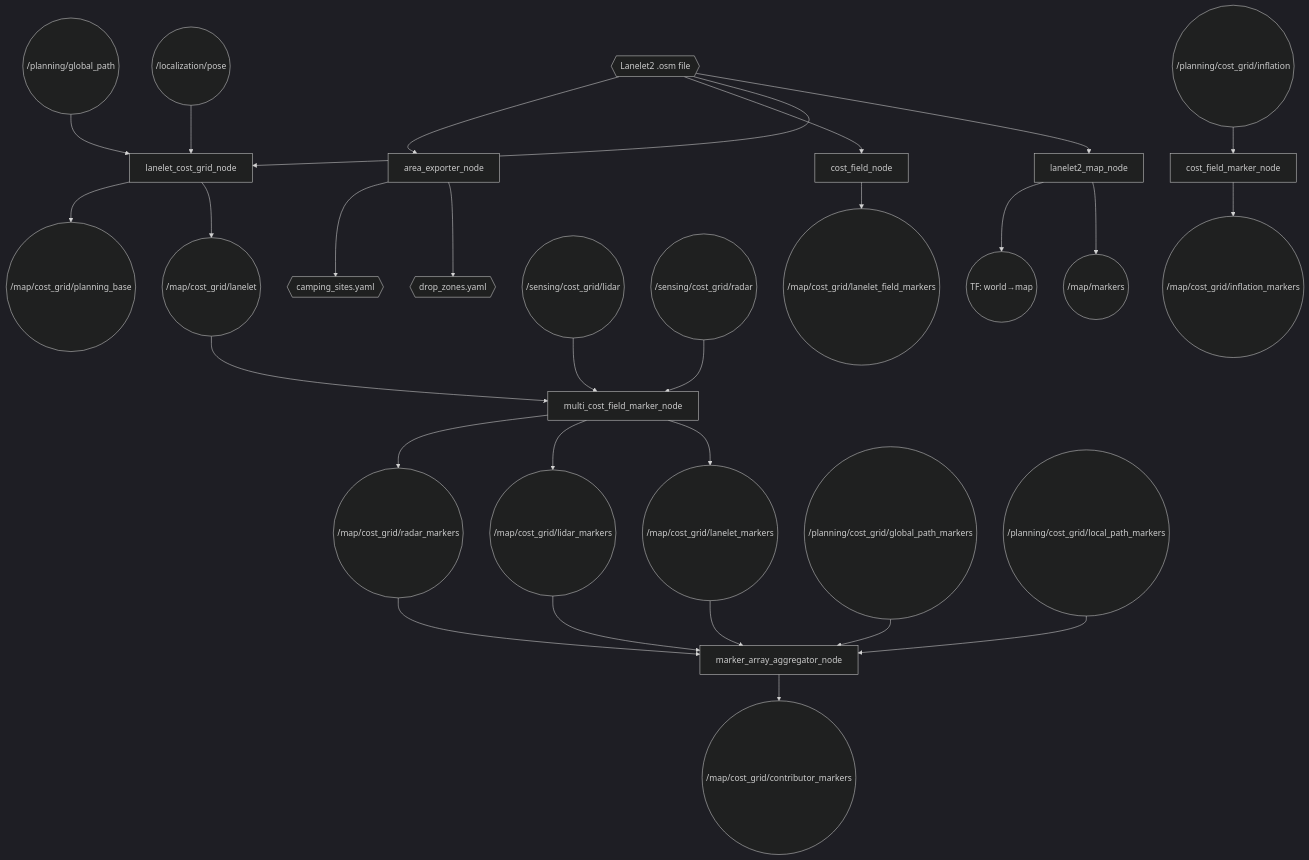
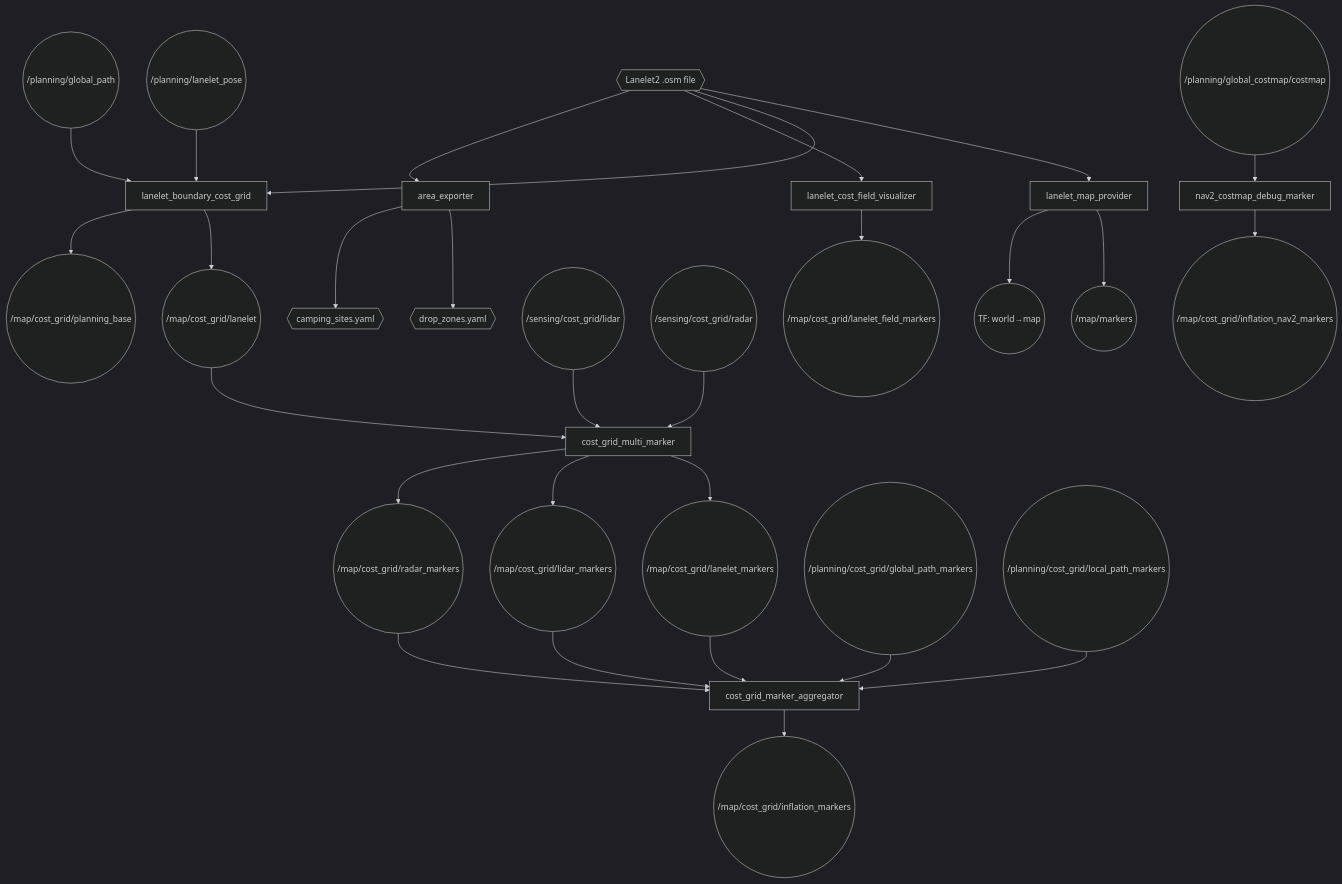
One commit to hwanhonglee/CAMROD changed the diagram in camrod_map/README.md. Above: the diagram before and after it, drawn with Mermaid (dark theme). The commit also changed other lines of this file and 15 other files, not shown here.

First line of the commit message:
docs: full README refactor — 12-section standard, diagrams, interface contracts (v1.10)

````diff
--- a/camrod_map/README.md
+++ b/camrod_map/README.md
@@ -7,36 +49,36 @@
 ```mermaid
 graph TD
-  OSM{{Lanelet2 .osm file}} --> LMAP[lanelet2_map_node]
+  OSM{{Lanelet2 .osm file}} --> LMAP[lanelet_map_provider]
   LMAP --> MVIS(("/map/markers"))
   LMAP --> TF(("TF: world→map"))
 
-  OSM --> LGRID[lanelet_cost_grid_node]
-  POSE(("/localization/pose")) --> LGRID
+  OSM --> LGRID[lanelet_boundary_cost_grid]
+  POSE(("/planning/lanelet_pose")) --> LGRID
   GPATH(("/planning/global_path")) --> LGRID
   LGRID --> LCOST(("/map/cost_grid/lanelet"))
   LGRID --> LBASE(("/map/cost_grid/planning_base"))
 
-  LCOST --> MCFM[multi_cost_field_marker_node]
+  LCOST --> MCFM[cost_grid_multi_marker]
   LIDAR(("/sensing/cost_grid/lidar")) --> MCFM
   RADAR(("/sensing/cost_grid/radar")) --> MCFM
   MCFM --> LMRK(("/map/cost_grid/lanelet_markers"))
   MCFM --> LIMRK(("/map/cost_grid/lidar_markers"))
   MCFM --> RMRK(("/map/cost_grid/radar_markers"))
 
-  INFGRID(("/planning/cost_grid/inflation")) --> CFMRK[cost_field_marker_node]
-  CFMRK --> INFLMRK(("/map/cost_grid/inflation_markers"))
+  INFGRID(("/planning/global_costmap/costmap")) --> CFMRK[nav2_costmap_debug_marker]
+  CFMRK --> INFLMRK(("/map/cost_grid/inflation_nav2_markers"))
 
-  LMRK --> AGG[marker_array_aggregator_node]
+  LMRK --> AGG[cost_grid_marker_aggregator]
   LIMRK --> AGG
   RMRK --> AGG
   GPMRK(("/planning/cost_grid/global_path_markers")) --> AGG
   LPMRK(("/planning/cost_grid/local_path_markers")) --> AGG
-  AGG --> CONTRIB(("/map/cost_grid/contributor_markers"))
+  AGG --> CONTRIB(("/map/cost_grid/inflation_markers"))
 
-  OSM --> CFN[cost_field_node]
+  OSM --> CFN[lanelet_cost_field_visualizer]
   CFN --> CFIELD(("/map/cost_grid/lanelet_field_markers"))
 
-  OSM --> AEX[area_exporter_node]
+  OSM --> AEX[area_exporter]
   AEX --> DZ{{drop_zones.yaml}}
   AEX --> CS{{camping_sites.yaml}}
 ```
````
